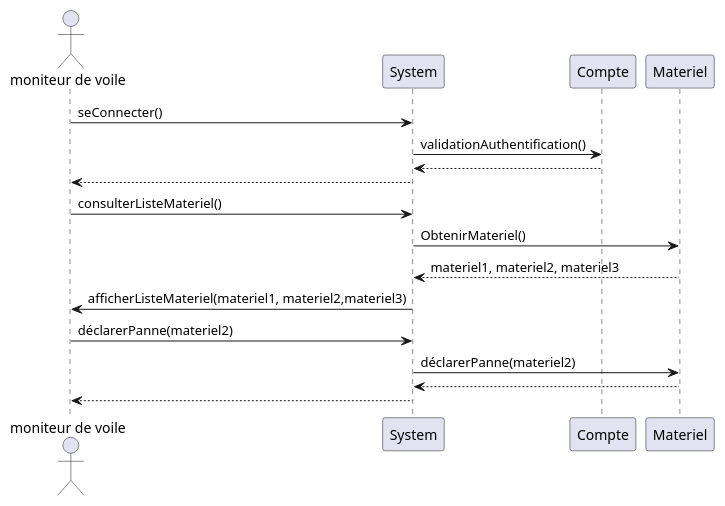
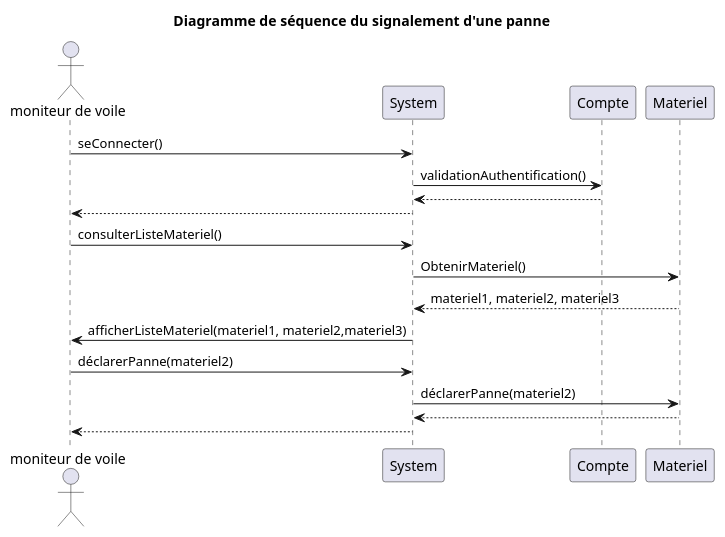
Before and after one commit to Egario54/ProjetClubNautique: the diagram in UML/Diagramme_séquence_signalementDePanne.puml, drawn with PlantUML. The commit also changed 31 other files, not shown here.

Commit message:
standardisation des retours dans les diagrammes

```diff
--- a/UML/Diagramme_séquence_signalementDePanne.puml
+++ b/UML/Diagramme_séquence_signalementDePanne.puml
@@ -1,20 +1,22 @@
 @startuml
 'https://plantuml.com/sequence-diagram
+
+title : Diagramme de séquence du signalement d'une panne
 
 actor "moniteur de voile" as mono
 
 mono -> System : seConnecter()
 System -> Compte : validationAuthentification()
 return
 System --> mono
 mono -> System : consulterListeMateriel()
 System -> Materiel : ObtenirMateriel()
 return materiel1, materiel2, materiel3
 System -> mono : afficherListeMateriel(materiel1, materiel2,materiel3)
 mono -> System : déclarerPanne(materiel2)
 System -> Materiel : déclarerPanne(materiel2)
 return
 System --> mono
 
 
 @enduml
```
